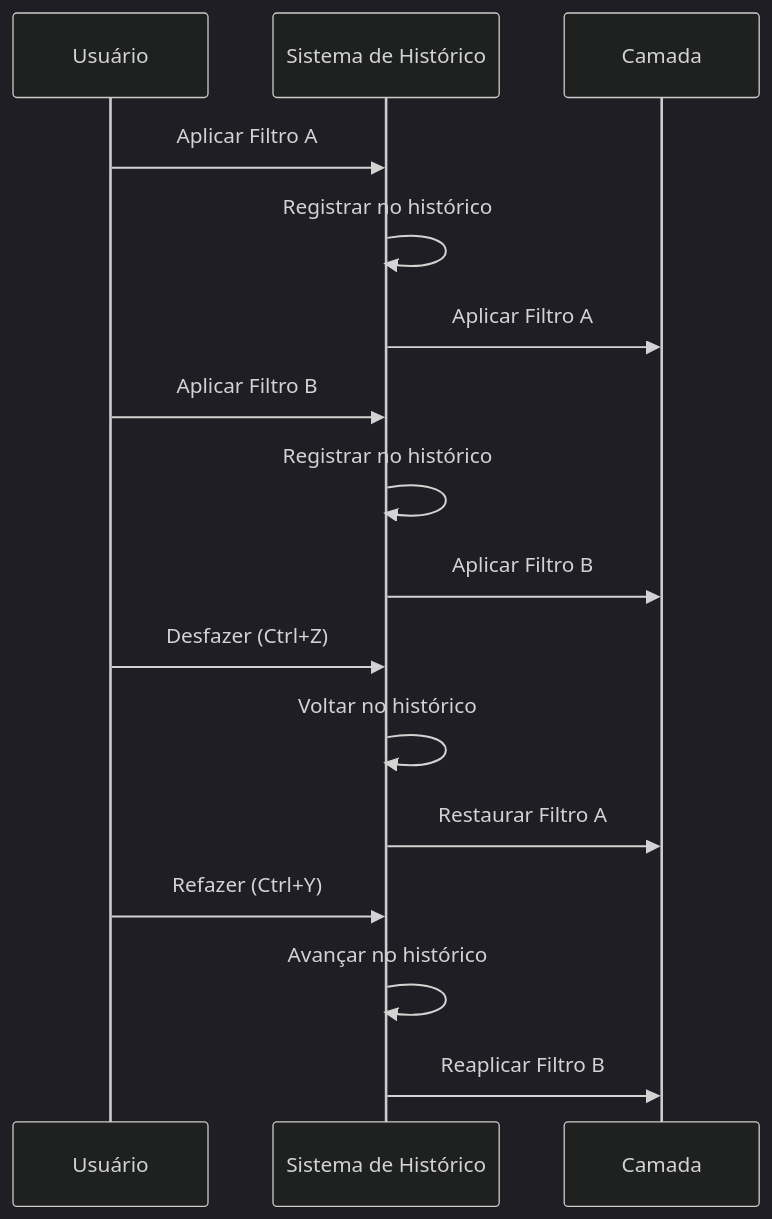
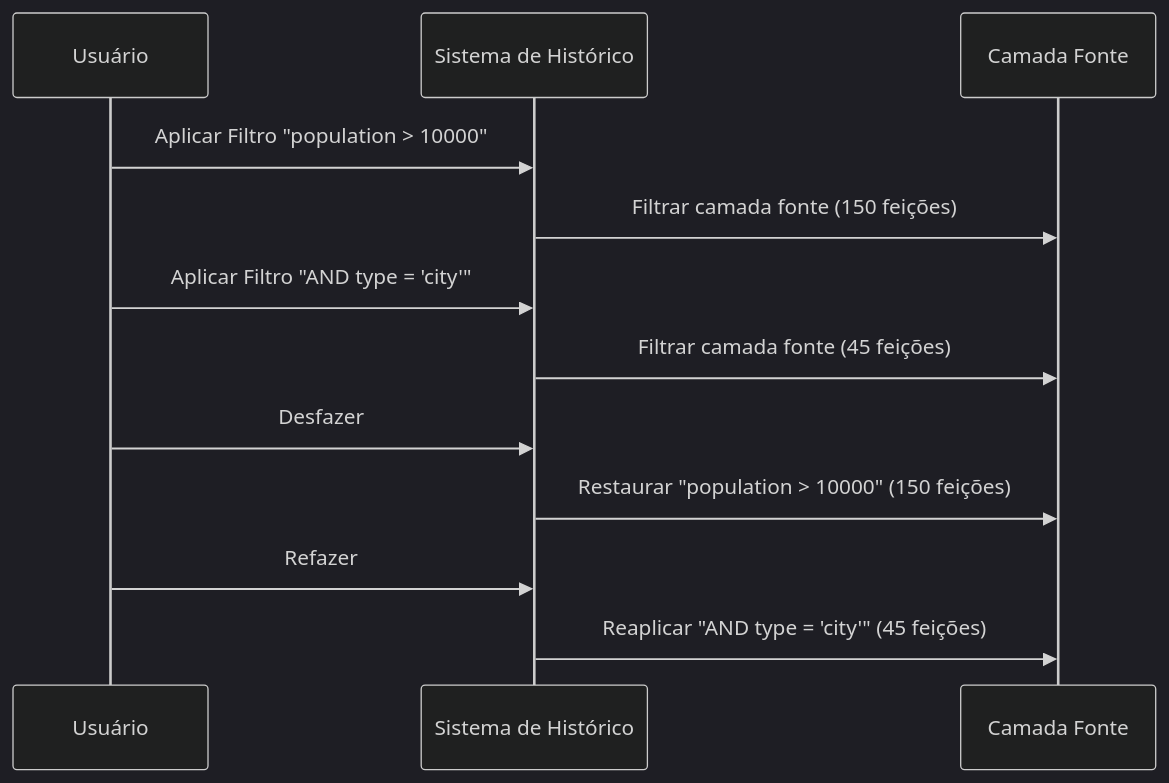
One commit to sducournau/filter_mate changed the first of 2 diagrams in website/i18n/pt/docusaurus-plugin-content-docs/current/user-guide/filter-history.md. Above: the diagram before and after it, drawn with Mermaid (dark theme). The commit also changed other lines of this file and 67 other files, not shown here.

````diff
--- a/website/i18n/pt/docusaurus-plugin-content-docs/current/user-guide/filter-history.md
+++ b/website/i18n/pt/docusaurus-plugin-content-docs/current/user-guide/filter-history.md
@@ -89,22 +59,18 @@
 ```mermaid
 sequenceDiagram
     participant U as Usuário
     participant H as Sistema de Histórico
-    participant L as Camada
+    participant S as Camada Fonte
     
-    U->>H: Aplicar Filtro A
-    H->>H: Registrar no histórico
-    H->>L: Aplicar Filtro A
+    U->>H: Aplicar Filtro "population > 10000"
+    H->>S: Filtrar camada fonte (150 feições)
     
-    U->>H: Aplicar Filtro B
-    H->>H: Registrar no histórico
-    H->>L: Aplicar Filtro B
+    U->>H: Aplicar Filtro "AND type = 'city'"
+    H->>S: Filtrar camada fonte (45 feições)
     
-    U->>H: Desfazer (Ctrl+Z)
-    H->>H: Voltar no histórico
-    H->>L: Restaurar Filtro A
+    U->>H: Desfazer
+    H->>S: Restaurar "population > 10000" (150 feições)
     
-    U->>H: Refazer (Ctrl+Y)
-    H->>H: Avançar no histórico
-    H->>L: Reaplicar Filtro B
+    U->>H: Refazer
+    H->>S: Reaplicar "AND type = 'city'" (45 feições)
 ```
````
